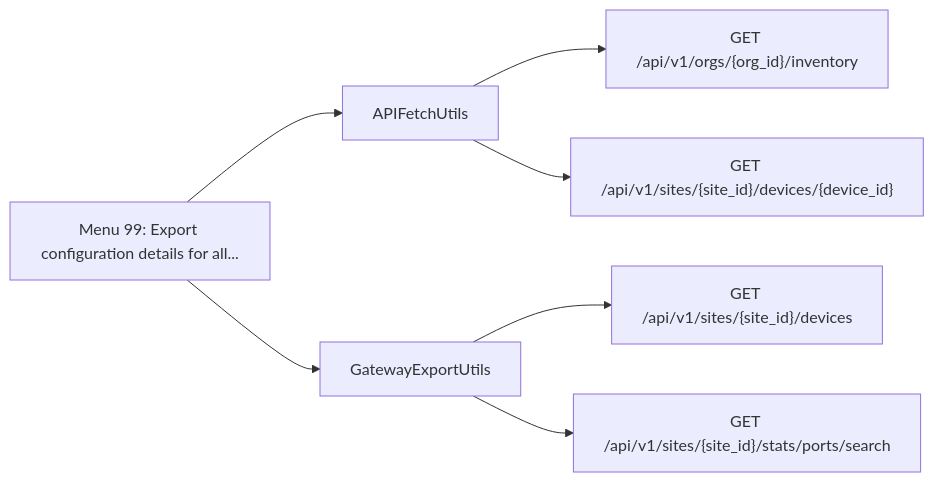
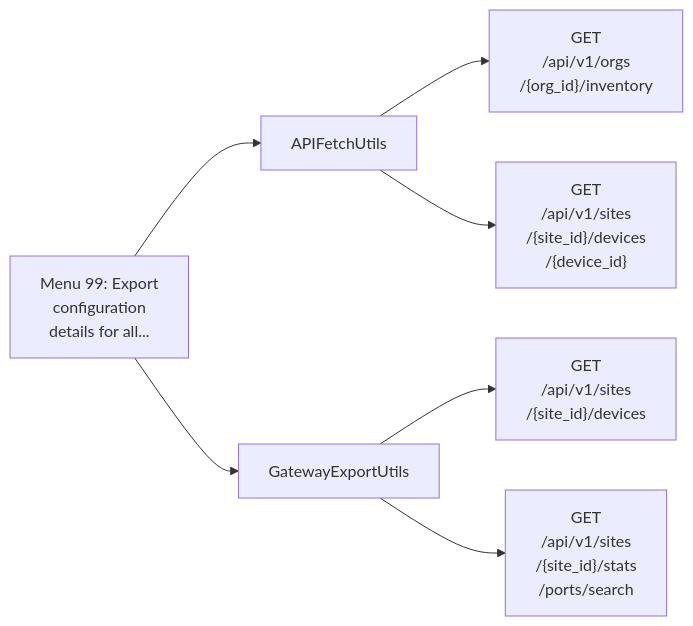
One commit to jmorrison-juniper/MistHelper changed the eighth of 11 diagrams in documentation/menu-api/resource-intensive.md. Above: the diagram before and after it, drawn with Mermaid. The commit also changed other lines of this file and 19 other files, not shown here.

First line of the commit message:
docs(menu-api): fit the Mermaid diagrams to the wiki column

````diff
--- a/documentation/menu-api/resource-intensive.md
+++ b/documentation/menu-api/resource-intensive.md
@@ -208,10 +166,10 @@
 ```mermaid
 flowchart LR
-    menu["Menu 99: Export configuration details for all..."]
+    menu["Menu 99: Export<br/>configuration<br/>details for all..."]
     menu --> c1["APIFetchUtils"]
-    c1 --> e1["GET /api/v1/orgs/{org_id}/inventory"]
-    c1 --> e2["GET /api/v1/sites/{site_id}/devices/{device_id}"]
+    c1 --> e1["GET<br/>/api/v1/orgs<br/>/{org_id}/inventory"]
+    c1 --> e2["GET<br/>/api/v1/sites<br/>/{site_id}/devices<br/>/{device_id}"]
     menu --> c2["GatewayExportUtils"]
-    c2 --> e3["GET /api/v1/sites/{site_id}/devices"]
-    c2 --> e4["GET /api/v1/sites/{site_id}/stats/ports/search"]
+    c2 --> e3["GET<br/>/api/v1/sites<br/>/{site_id}/devices"]
+    c2 --> e4["GET<br/>/api/v1/sites<br/>/{site_id}/stats<br/>/ports/search"]
 ```
````
